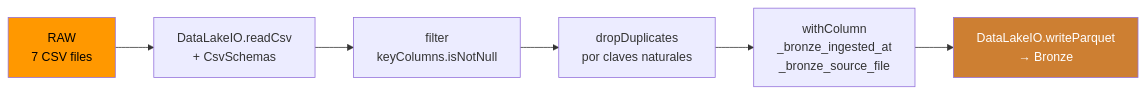
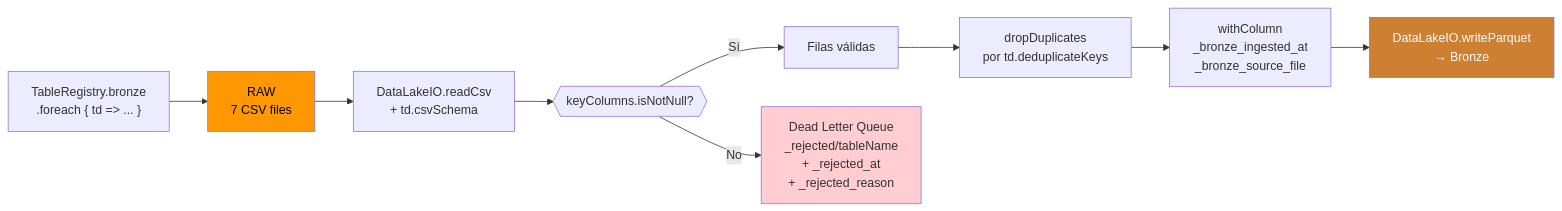
Diagram 13 of 22 in docs/README.md (federicopfund/Fabric_Analytics_Engineer), drawn with Mermaid before and after one commit. The commit also changed other lines of this file, not shown here.

````diff
--- a/docs/README.md
+++ b/docs/README.md
@@ -530,11 +712,16 @@
 ```mermaid
 flowchart LR
-    RAW["RAW<br/>7 CSV files"] --> READ["DataLakeIO.readCsv<br/>+ CsvSchemas"]
-    READ --> FILTER["filter<br/>keyColumns.isNotNull"]
-    FILTER --> DEDUP["dropDuplicates<br/>por claves naturales"]
+    REG["TableRegistry.bronze<br/>.foreach { td => ... }"]
+    REG --> RAW["RAW<br/>7 CSV files"]
+    RAW --> READ["DataLakeIO.readCsv<br/>+ td.csvSchema"]
+    READ --> SPLIT{{"keyColumns.isNotNull?"}}
+    SPLIT -->|Sí| VALID["Filas válidas"]
+    SPLIT -->|No| DLQ["Dead Letter Queue<br/>_rejected/tableName<br/>+ _rejected_at<br/>+ _rejected_reason"]
+    VALID --> DEDUP["dropDuplicates<br/>por td.deduplicateKeys"]
     DEDUP --> AUDIT["withColumn<br/>_bronze_ingested_at<br/>_bronze_source_file"]
     AUDIT --> WRITE["DataLakeIO.writeParquet<br/>→ Bronze"]
 
     style RAW fill:#ff9800,color:#000
     style WRITE fill:#cd7f32,color:#fff
+    style DLQ fill:#ffcdd2
 ```
````
